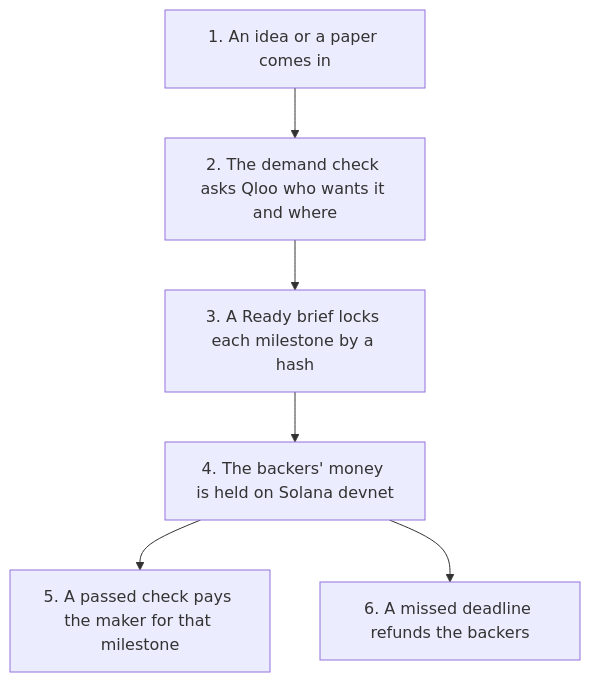
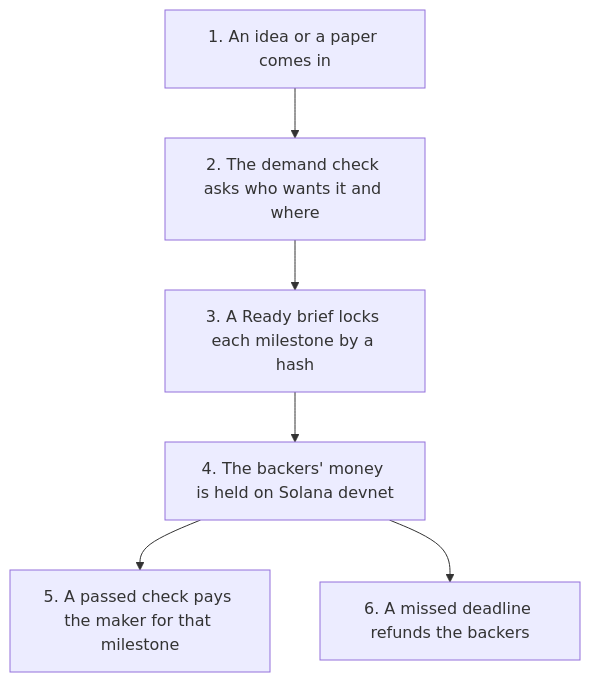
The diagram in docs/STORY.md (drexthealpha/Knos), drawn with Mermaid before and after one commit. The commit also changed other lines of this file and 672 other files, not shown here.

First line of the commit message:
Knos is one product: the old database entry and the taste-data demand check are removed, and the five laws are built

````diff
--- a/docs/STORY.md
+++ b/docs/STORY.md
@@ -15,12 +15,12 @@
 ```mermaid
 flowchart TB
     s1["1. An idea or a paper comes in"]
-    s2["2. The demand check asks Qloo who wants it and where"]
+    s2["2. The demand check asks who wants it and where"]
     s3["3. A Ready brief locks each milestone by a hash"]
     s4["4. The backers' money is held on Solana devnet"]
     s5["5. A passed check pays the maker for that milestone"]
     s6["6. A missed deadline refunds the backers"]
     s1 --> s2 --> s3 --> s4
     s4 --> s5
     s4 --> s6
 ```
````
